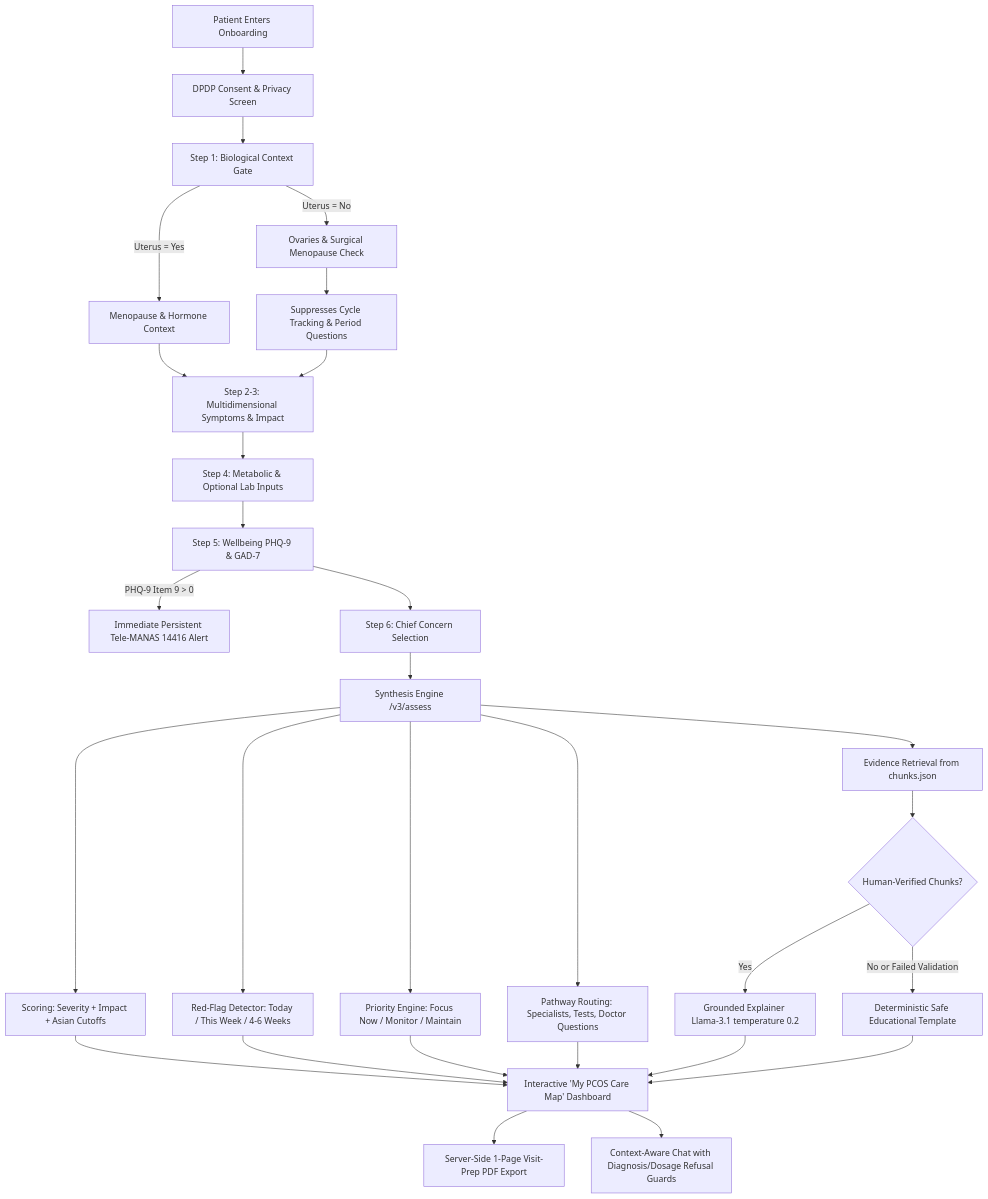
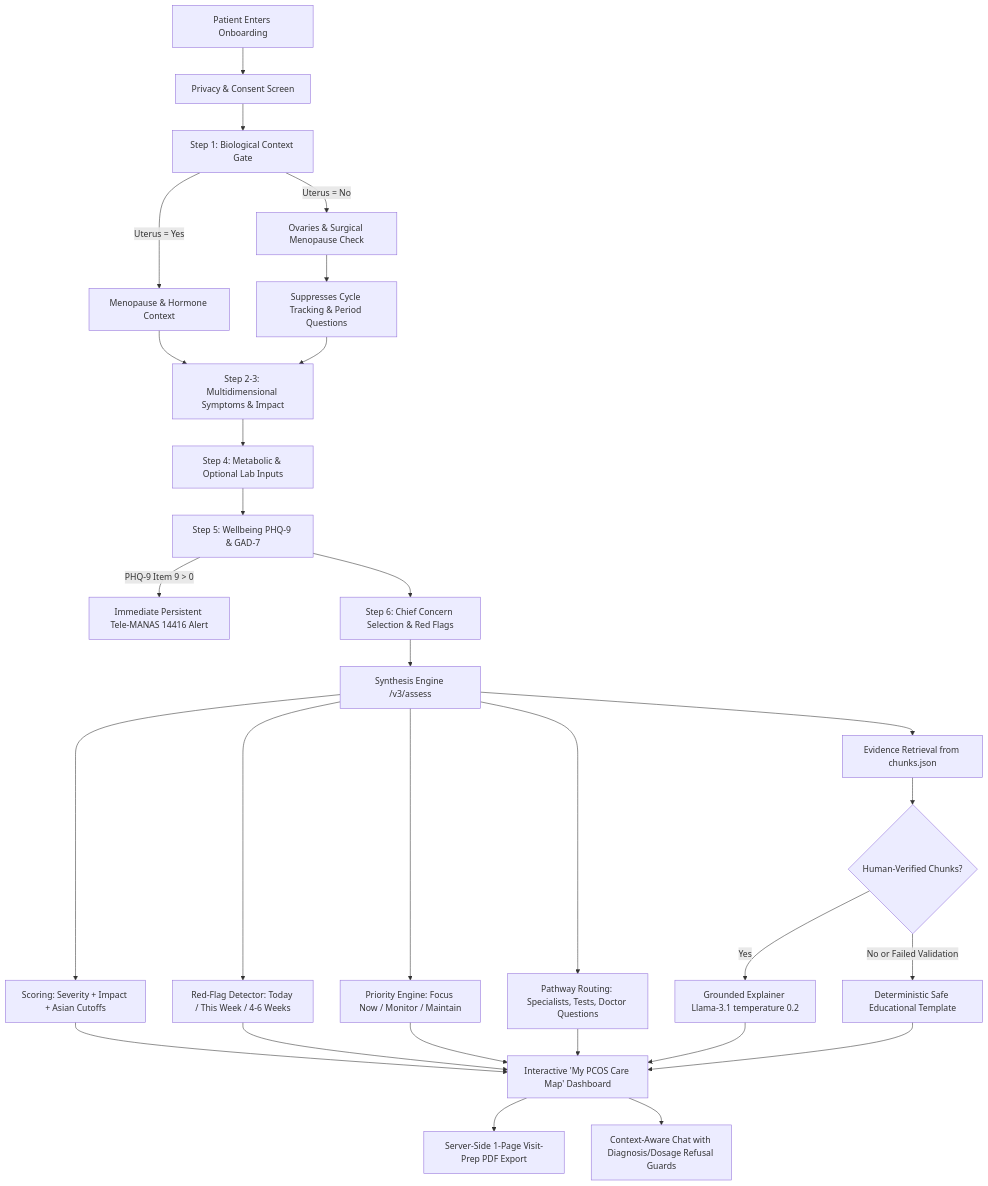
The diagram in README.md (diyuworks/MahilaSakhi-PCOD-Predictor), drawn with Mermaid before and after one commit. The commit also changed other lines of this file and 42 other files, not shown here.

````diff
--- a/README.md
+++ b/README.md
@@ -46,26 +61,26 @@
 ```mermaid
 flowchart TD
-    A[Patient Enters Onboarding] --> B[DPDP Consent & Privacy Screen]
+    A[Patient Enters Onboarding] --> B[Privacy & Consent Screen]
     B --> C[Step 1: Biological Context Gate]
     C -->|Uterus = No| D[Ovaries & Surgical Menopause Check]
     C -->|Uterus = Yes| E[Menopause & Hormone Context]
     D --> F[Suppresses Cycle Tracking & Period Questions]
     E --> G[Step 2-3: Multidimensional Symptoms & Impact]
     F --> G
     G --> H[Step 4: Metabolic & Optional Lab Inputs]
     H --> I[Step 5: Wellbeing PHQ-9 & GAD-7]
     I -->|PHQ-9 Item 9 > 0| J[Immediate Persistent Tele-MANAS 14416 Alert]
-    I --> K[Step 6: Chief Concern Selection]
+    I --> K[Step 6: Chief Concern Selection & Red Flags]
     K --> L[Synthesis Engine /v3/assess]
     L --> M[Scoring: Severity + Impact + Asian Cutoffs]
     L --> N[Red-Flag Detector: Today / This Week / 4-6 Weeks]
     L --> O[Priority Engine: Focus Now / Monitor / Maintain]
     L --> P[Pathway Routing: Specialists, Tests, Doctor Questions]
     L --> Q[Evidence Retrieval from chunks.json]
     Q --> R{Human-Verified Chunks?}
     R -->|Yes| S[Grounded Explainer Llama-3.1 temperature 0.2]
     R -->|No or Failed Validation| T[Deterministic Safe Educational Template]
     M & N & O & P & S & T --> U[Interactive 'My PCOS Care Map' Dashboard]
     U --> V[Server-Side 1-Page Visit-Prep PDF Export]
     U --> W[Context-Aware Chat with Diagnosis/Dosage Refusal Guards]
 ```
````
